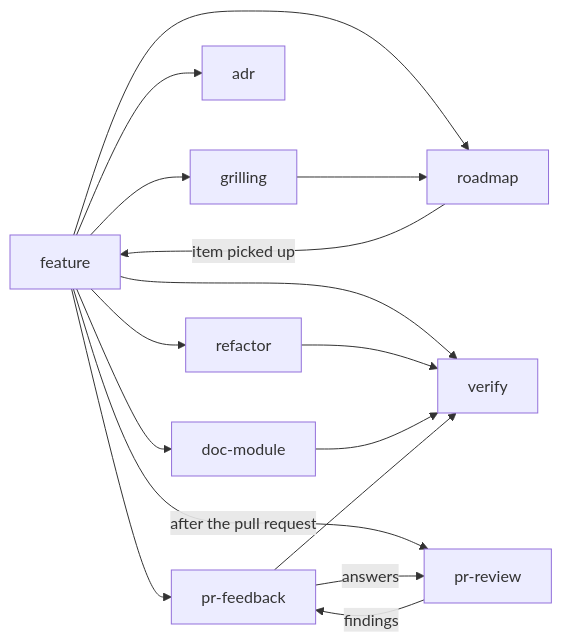
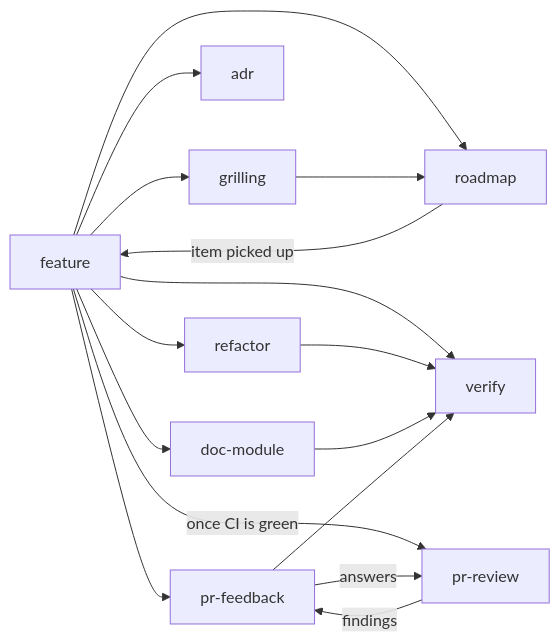
Before and after one commit to SMB-M87/Kinetra: the diagram in .agents/skills/README.md, drawn with Mermaid. The commit also changed other lines of this file and 7 other files, not shown here.

First line of the commit message:
docs(agents): the reviewer reviews code only, once CI is green

````diff
--- a/.agents/skills/README.md
+++ b/.agents/skills/README.md
@@ -33,18 +33,18 @@
 ```mermaid
 flowchart LR
     F[feature] --> G[grilling]
     F --> A[adr]
     F --> R[refactor]
     F --> V[verify]
     F --> D[doc-module]
     R --> V
     D --> V
     F --> P[pr-feedback]
     P --> V
-    F -->|after the pull request| PR[pr-review]
+    F -->|once CI is green| PR[pr-review]
     PR -->|findings| P
     P -->|answers| PR
     F --> RM[roadmap]
     G --> RM
     RM -->|item picked up| F
 ```
````
